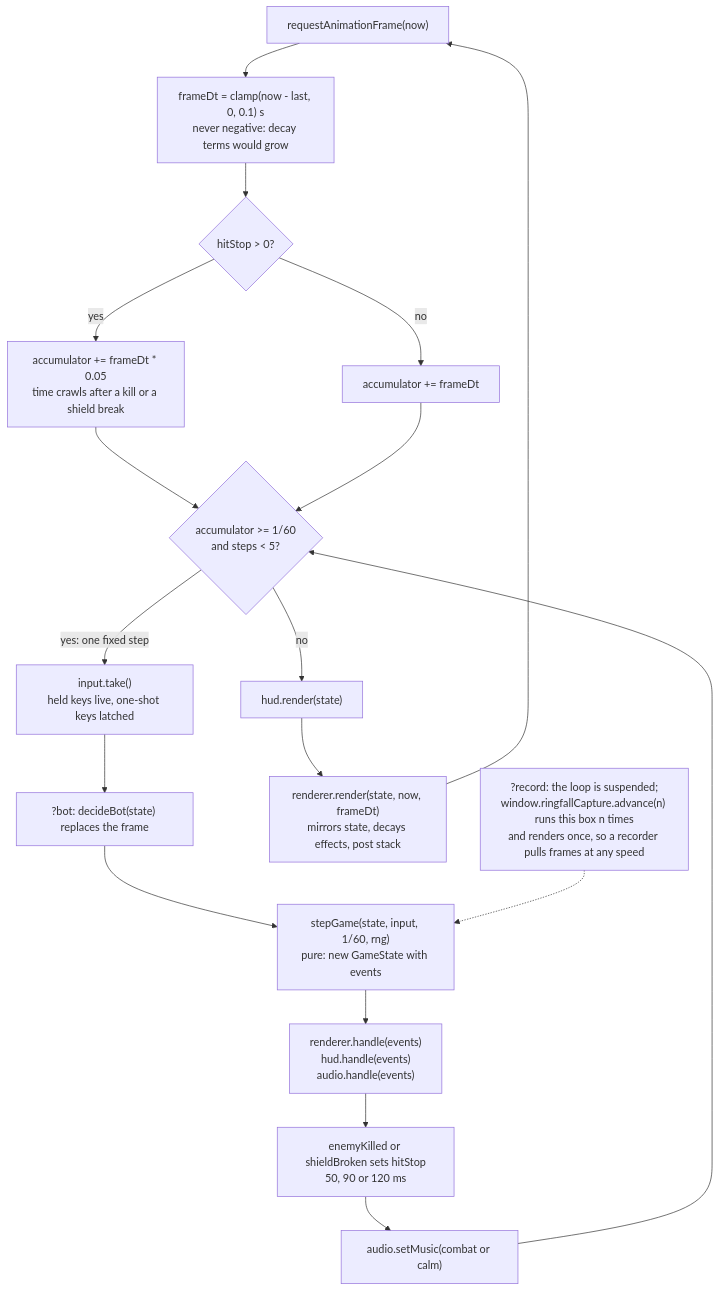
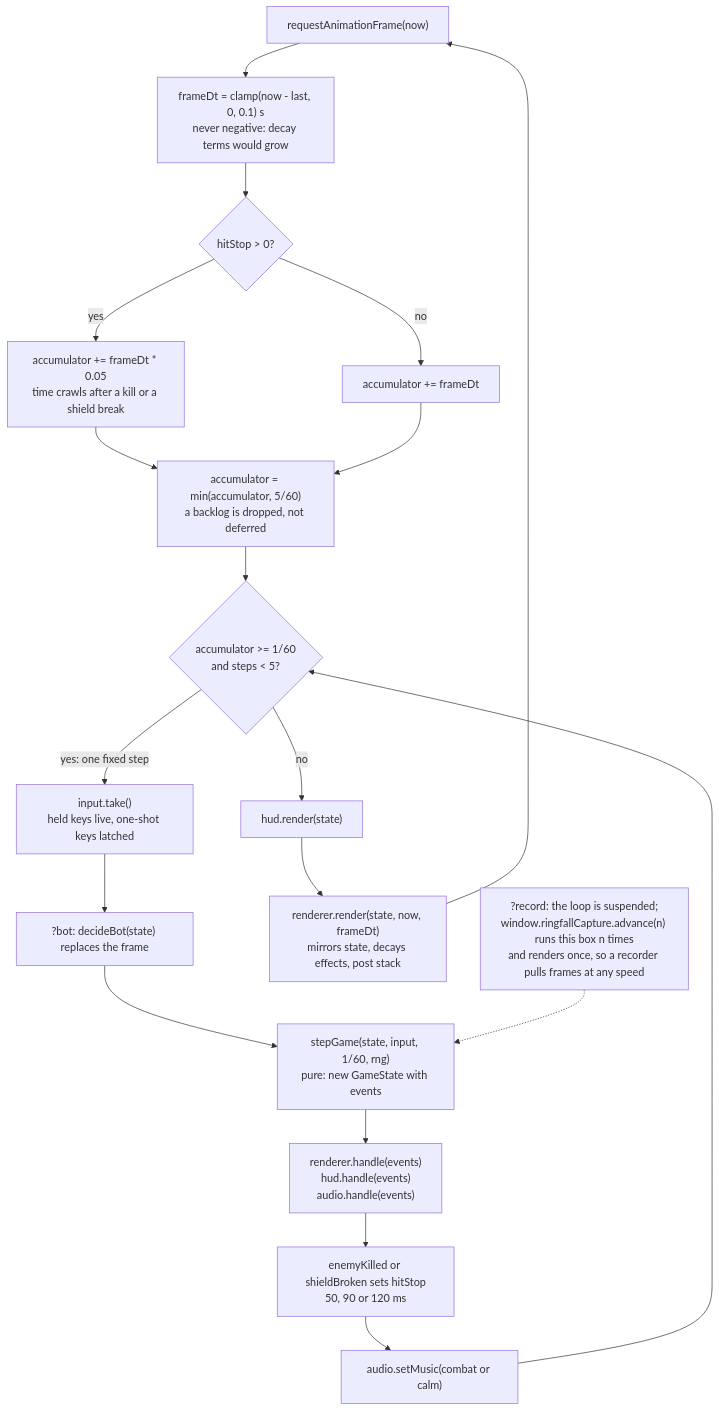
One commit to agh/ringfall changed the diagram in docs/architecture/diagrams/frame.mmd. Above: the diagram before and after it, drawn with Mermaid. The commit also changed 14 other files, not shown here.

First line of the commit message:
docs(architecture): regenerate against main's watcher, dispose and security job

```diff
--- a/docs/architecture/diagrams/frame.mmd
+++ b/docs/architecture/diagrams/frame.mmd
@@ -1,23 +1,24 @@
 %%{init: {"flowchart": {"curve": "basis"}} }%%
 flowchart TB
   raf["requestAnimationFrame(now)"]
   dt["frameDt = clamp(now - last, 0, 0.1) s<br/>never negative: decay terms would grow"]
   hitstop{"hitStop > 0?"}
   slow["accumulator += frameDt * 0.05<br/>time crawls after a kill or a shield break"]
   full["accumulator += frameDt"]
+  cap["accumulator = min(accumulator, 5/60)<br/>a backlog is dropped, not deferred"]
   loop{"accumulator >= 1/60<br/>and steps < 5?"}
   take["input.take()<br/>held keys live, one-shot keys latched"]
   bot["?bot: decideBot(state) replaces the frame"]
   step["stepGame(state, input, 1/60, rng)<br/>pure: new GameState with events"]
   fan["renderer.handle(events)<br/>hud.handle(events)<br/>audio.handle(events)"]
   stop["enemyKilled or shieldBroken sets hitStop<br/>50, 90 or 120 ms"]
   music["audio.setMusic(combat or calm)"]
   hudr["hud.render(state)"]
   draw["renderer.render(state, now, frameDt)<br/>mirrors state, decays effects, post stack"]
   capture["?record: the loop is suspended;<br/>window.ringfallCapture.advance(n) runs this box n times<br/>and renders once, so a recorder pulls frames at any speed"]
   raf --> dt --> hitstop
-  hitstop -->|"yes"| slow --> loop
-  hitstop -->|"no"| full --> loop
+  hitstop -->|"yes"| slow --> cap
+  hitstop -->|"no"| full --> cap --> loop
   loop -->|"yes: one fixed step"| take --> bot --> step --> fan --> stop --> music --> loop
   loop -->|"no"| hudr --> draw --> raf
   capture -.-> step
```
